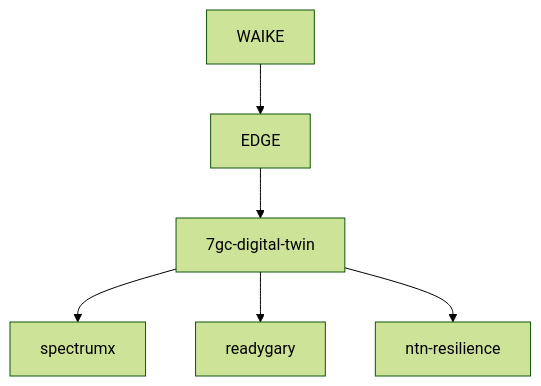
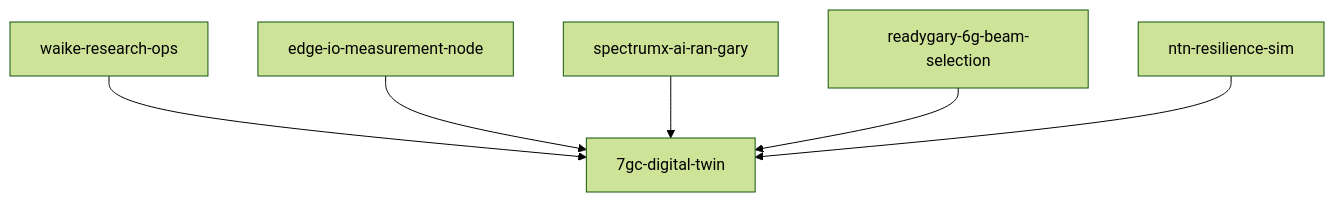
Before and after one commit to gunnchOS3k/7gc-digital-twin: the diagram in docs/diagrams/cross_repo_architecture.mmd, drawn with Mermaid (forest theme). The commit also changed 29 other files, not shown here.

First line of the commit message:
Issue audit pass: repo-specific diagrams, review-ready papers, ISSUE_AUDIT

```diff
--- a/docs/diagrams/cross_repo_architecture.mmd
+++ b/docs/diagrams/cross_repo_architecture.mmd
@@ -1,5 +1,6 @@
 flowchart TB
-  WAIKE --> EDGE --> TWIN[7gc-digital-twin]
-  TWIN --> SPX[spectrumx]
-  TWIN --> RG[readygary]
-  TWIN --> NTN[ntn-resilience]
+  WAIKE[waike-research-ops] --> TWIN[7gc-digital-twin]
+  EDGE[edge-io-measurement-node] --> TWIN
+  SPX[spectrumx-ai-ran-gary] --> TWIN
+  RG[readygary-6g-beam-selection] --> TWIN
+  NTN[ntn-resilience-sim] --> TWIN
```
